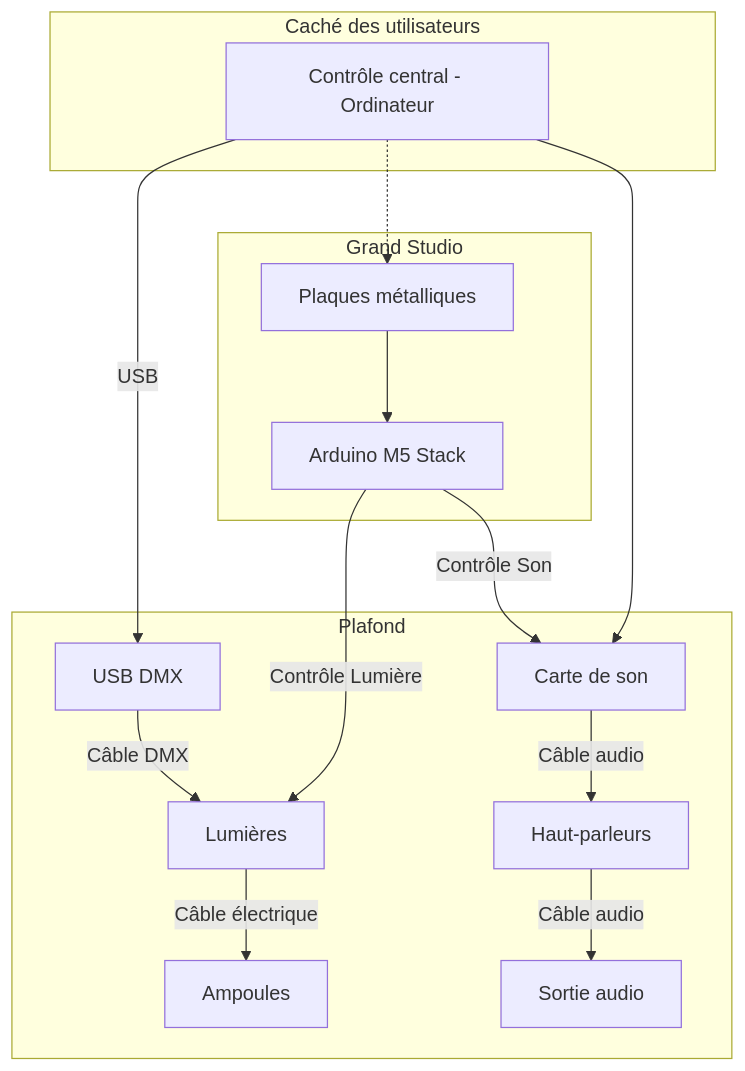
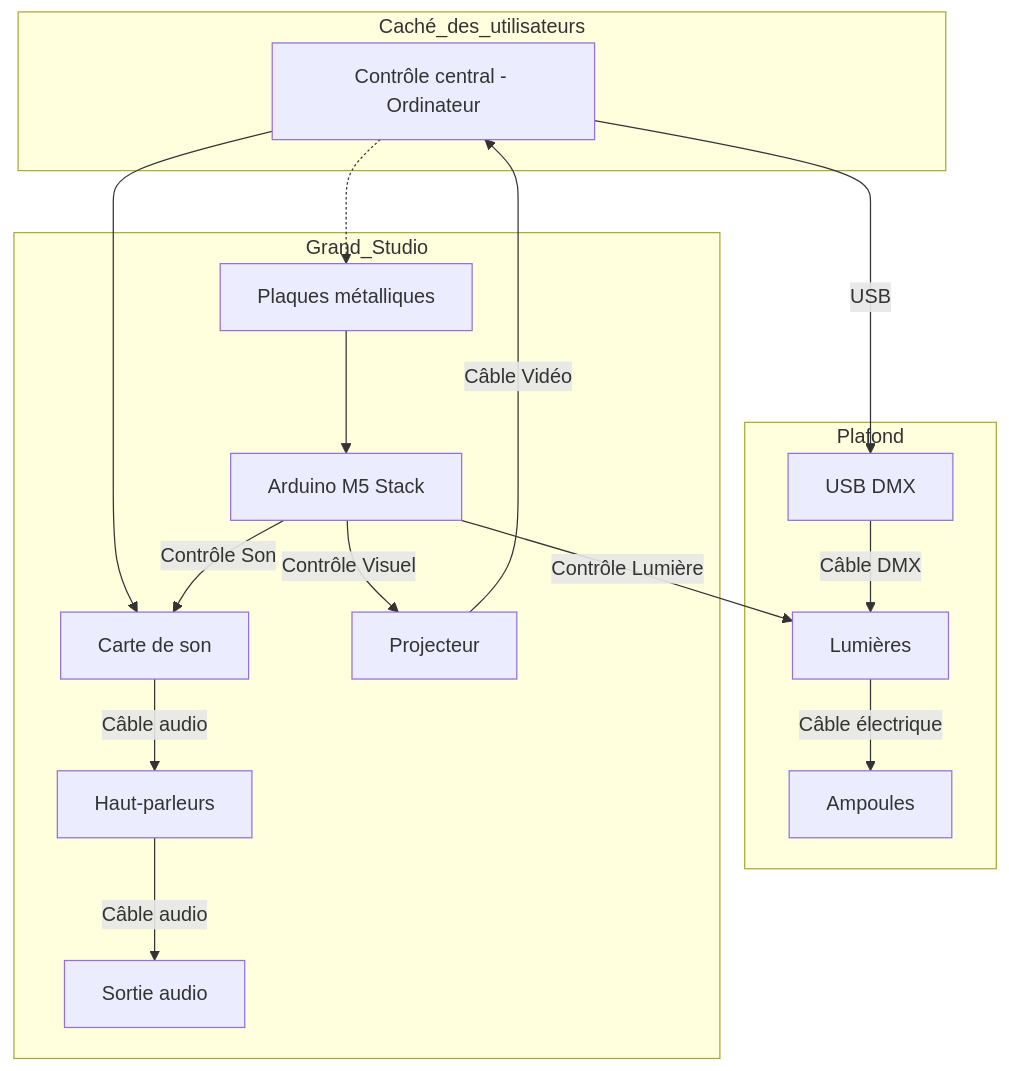
One commit to Miaou-Mafia/projet-luminatura changed the diagram in 30_production/30_synoptique/README.md. Above: the diagram before and after it, drawn with Mermaid.

Commit message:
update du synoptique avec proj

````diff
--- a/30_production/30_synoptique/README.md
+++ b/30_production/30_synoptique/README.md
@@ -2,47 +2,47 @@
 ```mermaid
-graph TD;
-
-%% Composants
-    Ordinateur[Contrôle central - Ordinateur]
-    DMX[USB DMX]
-    Lumieres[Lumières]
-    Ampoule[Ampoules]
-    CarteSon[Carte de son]
-    HautParleur[Haut-parleurs]
-    SortieAudio[Sortie audio]
-
-    PlaqueMetalique[Plaques métalliques]
-    Arduino[Arduino M5 Stack]
-
-    %% Emplacements
-    subgraph Caché des utilisateurs
-        Ordinateur
-    end
-
-    subgraph Plafond
-        DMX
-        Lumieres
-        Ampoule 
-        CarteSon
-        HautParleur
-        SortieAudio
-    end
-
-    subgraph Grand Studio
-        PlaqueMetalique
-        Arduino
-    end
-
-    %% Connexions
-    Ordinateur -->|USB| DMX
-    Ordinateur --> CarteSon
-    Ordinateur -.-> PlaqueMetalique
-    PlaqueMetalique --> Arduino
-    Arduino -->|Contrôle Lumière| Lumieres
-    Arduino -->|Contrôle Son| CarteSon
-    DMX -->|Câble DMX| Lumieres
-    Lumieres -->|Câble électrique| Ampoule
-    CarteSon -->|Câble audio| HautParleur
-    HautParleur -->|Câble audio| SortieAudio
+graph TD;  
+  %% Composants     
+  Ordinateur["Contrôle central - Ordinateur"]     
+  DMX["USB DMX"]     
+  Lumieres["Lumières"]     
+  Ampoule["Ampoules"]     
+  CarteSon["Carte de son"]     
+  HautParleur["Haut-parleurs"]     
+  SortieAudio["Sortie audio"]      
+  PlaqueMetalique["Plaques métalliques"]     
+  Arduino["Arduino M5 Stack"]     
+  Projecteur["Projecteur"]   
+  
+  %% Emplacements     
+  subgraph Caché_des_utilisateurs         
+    Ordinateur     
+  end     
+  subgraph Plafond         
+    DMX         
+    Lumieres         
+    Ampoule     
+  end     
+  subgraph Grand_Studio         
+    PlaqueMetalique         
+    Arduino     
+    Projecteur  
+    CarteSon
+    HautParleur
+    SortieAudio
+  end     
+  
+  %% Connexions     
+  Ordinateur -->|USB| DMX     
+  Ordinateur --> CarteSon     
+  Ordinateur -.-> PlaqueMetalique     
+  PlaqueMetalique --> Arduino     
+  Arduino -->|Contrôle Lumière| Lumieres     
+  Arduino -->|Contrôle Son| CarteSon     
+  Arduino -->|Contrôle Visuel| Projecteur 
+  DMX -->|Câble DMX| Lumieres     
+  Lumieres -->|Câble électrique| Ampoule     
+  CarteSon -->|Câble audio| HautParleur     
+  HautParleur -->|Câble audio| SortieAudio  
+  Projecteur -->|Câble Vidéo| Ordinateur
 
 ```
````
